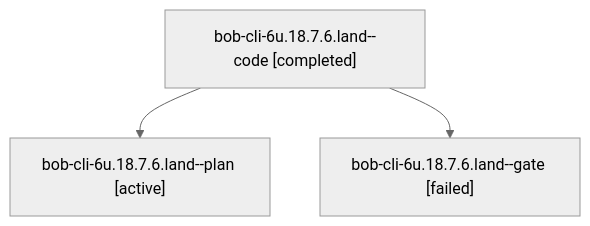
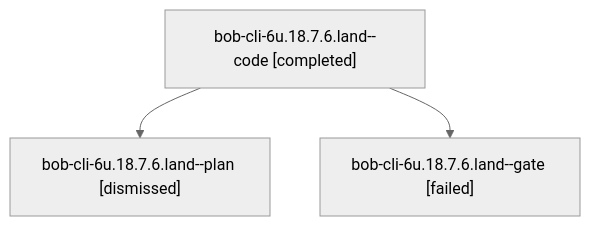
Before and after one commit to bobs-org/bob-cli--agents: the diagram in sessions/bbugyi200.apollo.bob-cli-6u.18.7.6.land.md, drawn with Mermaid (neutral theme). The commit also changed other lines of this file and 139 other files, not shown here.

````diff
--- a/sessions/bbugyi200.apollo.bob-cli-6u.18.7.6.land.md
+++ b/sessions/bbugyi200.apollo.bob-cli-6u.18.7.6.land.md
@@ -9,8 +9,8 @@
 ```mermaid
 flowchart TD
   n0["bob-cli-6u.18.7.6.land--code [completed]"]
-  n1["bob-cli-6u.18.7.6.land--plan [active]"]
+  n1["bob-cli-6u.18.7.6.land--plan [dismissed]"]
   n0 --> n1
   n2["bob-cli-6u.18.7.6.land--gate [failed]"]
   n0 --> n2
 ```
````
